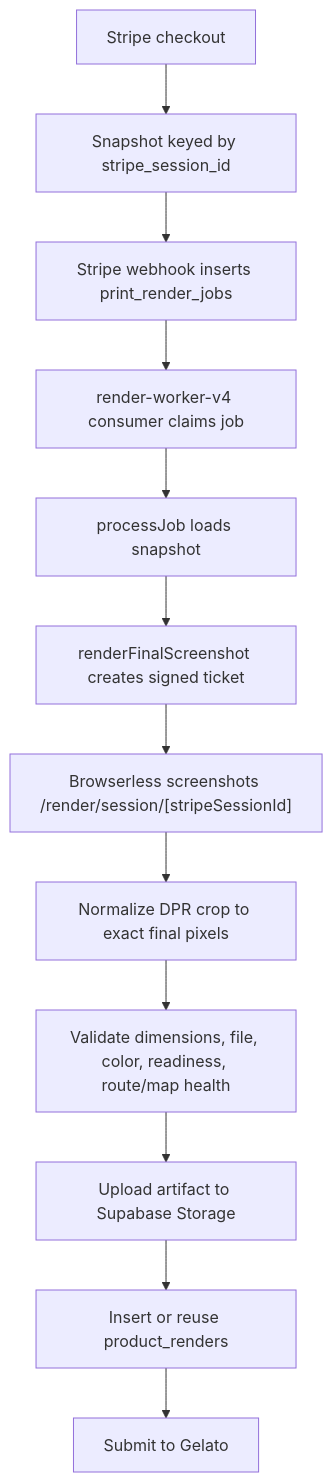
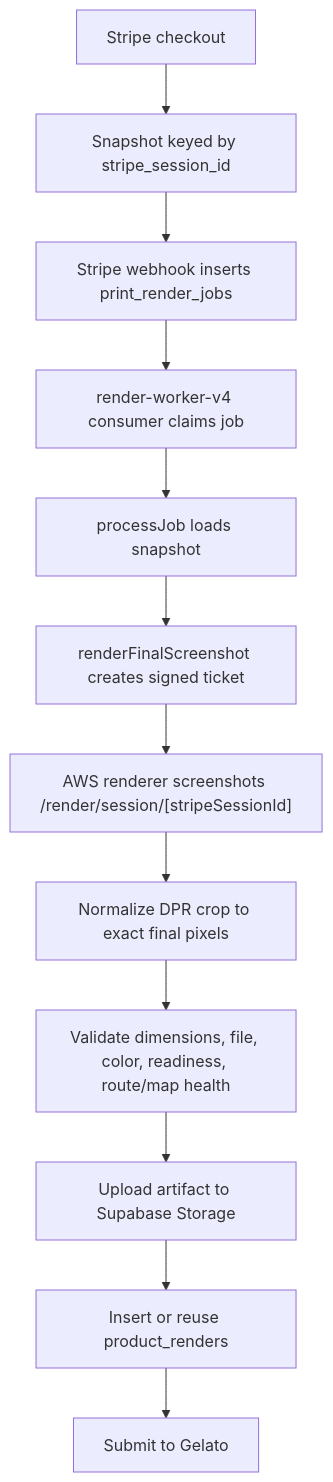
Before and after one commit to anthonynmaro/radmaps: the diagram in render-worker-v4/HANDOFF.md, drawn with Mermaid. The commit also changed other lines of this file and 96 other files, not shown here.

````diff
--- a/render-worker-v4/HANDOFF.md
+++ b/render-worker-v4/HANDOFF.md
@@ -88,14 +88,14 @@
 ```mermaid
 flowchart TD
   A["Stripe checkout"] --> B["Snapshot keyed by stripe_session_id"]
   B --> C["Stripe webhook inserts print_render_jobs"]
   C --> D["render-worker-v4 consumer claims job"]
   D --> E["processJob loads snapshot"]
   E --> F["renderFinalScreenshot creates signed ticket"]
-  F --> G["Browserless screenshots /render/session/[stripeSessionId]"]
+  F --> G["AWS renderer screenshots /render/session/[stripeSessionId]"]
   G --> H["Normalize DPR crop to exact final pixels"]
   H --> I["Validate dimensions, file, color, readiness, route/map health"]
   I --> J["Upload artifact to Supabase Storage"]
   J --> K["Insert or reuse product_renders"]
   K --> L["Submit to Gelato"]
 ```
````
